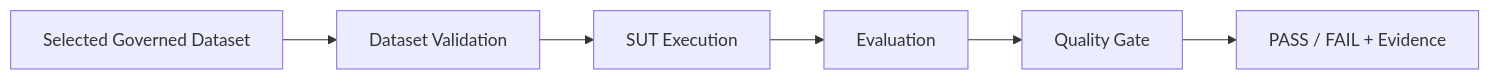
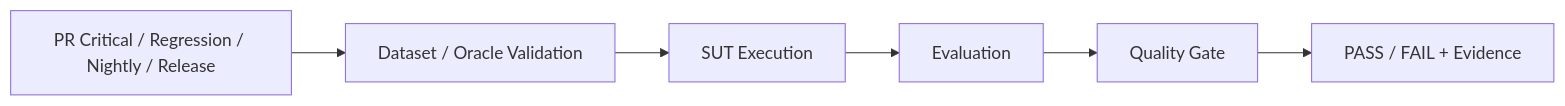
Before and after one commit to oleksandrserhieiev-beep/ai-qe-lab: the fifth of 8 diagrams in docs/master_architecture.md, drawn with Mermaid. The commit also changed other lines of this file, not shown here.

Commit message:
docs: align master architecture with focused pipeline documents

````diff
--- a/docs/master_architecture.md
+++ b/docs/master_architecture.md
@@ -109,8 +110,8 @@
 ```mermaid
 flowchart LR
-    DS["Selected Governed Dataset"] --> DV["Dataset Validation"]
+    SUITE["PR Critical / Regression / Nightly / Release"] --> DV["Dataset / Oracle Validation"]
     DV --> EX["SUT Execution"]
     EX --> EV["Evaluation"]
     EV --> QG["Quality Gate"]
     QG --> D["PASS / FAIL + Evidence"]
 ```
````
